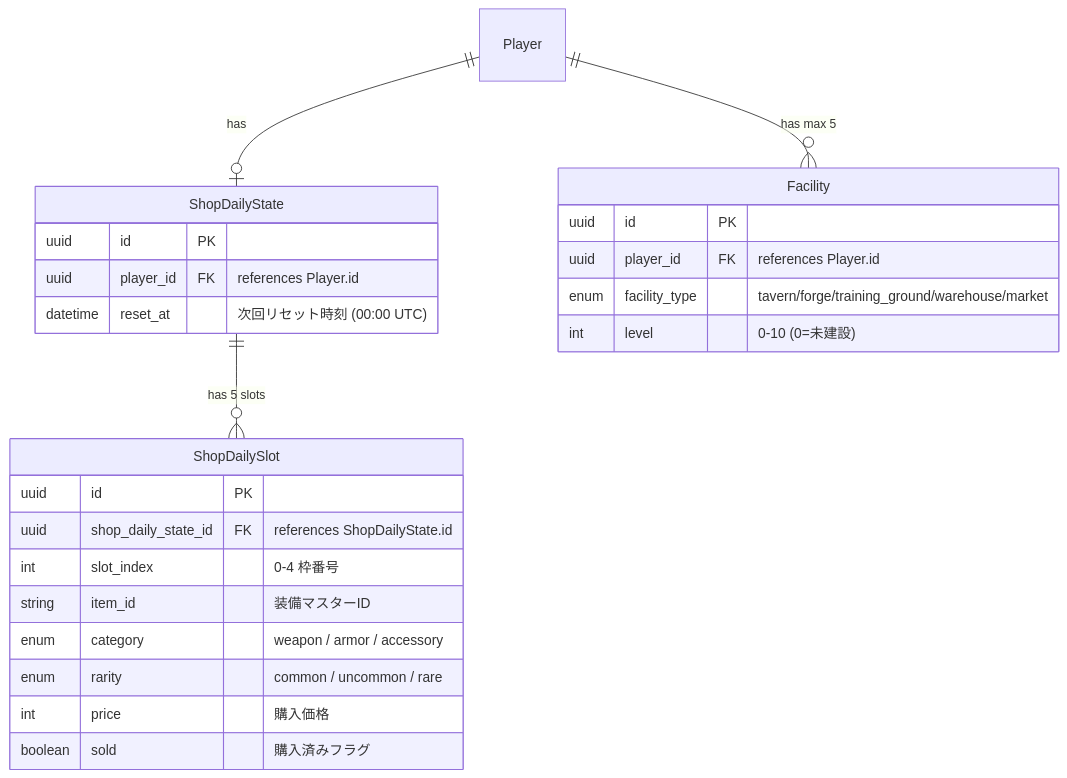
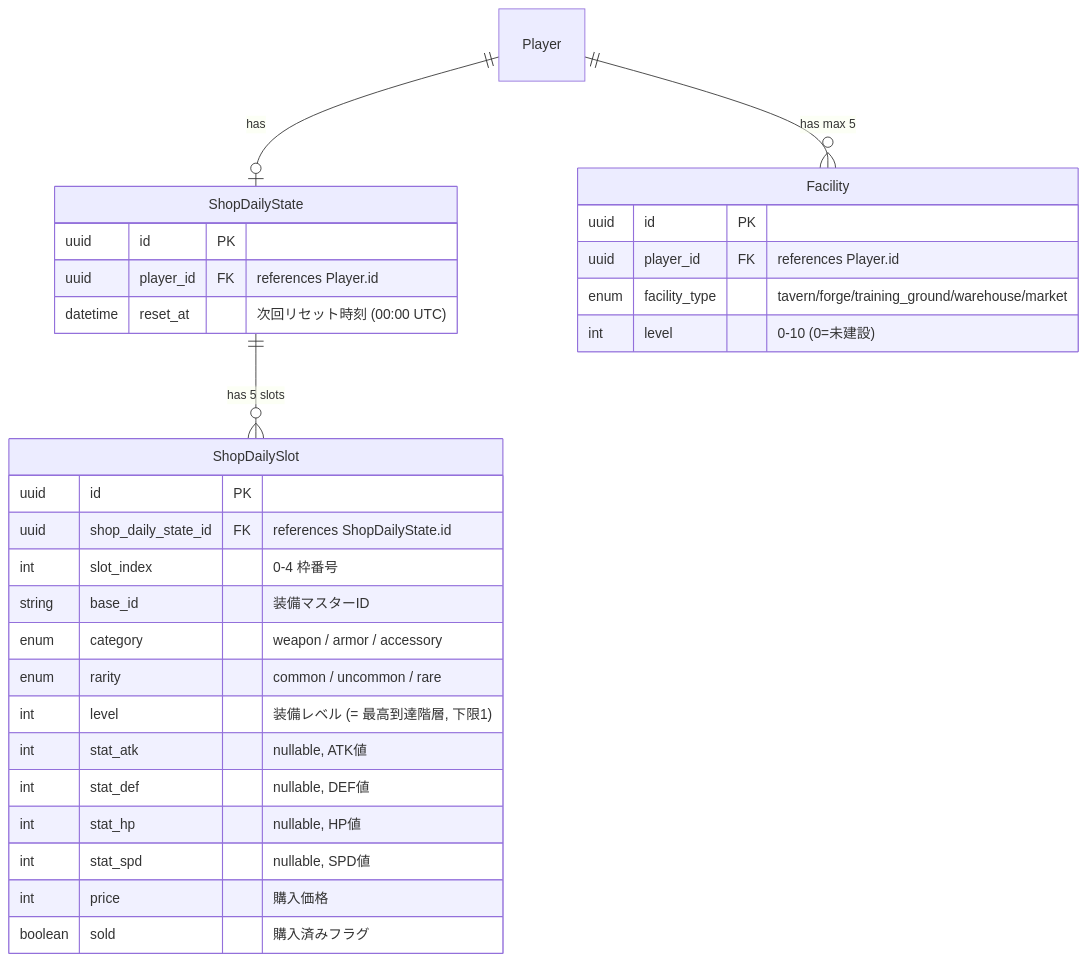
One commit to dateeee/2026_AFKGAME changed the second of 2 diagrams in diagrams/er_diagram/item.md. Above: the diagram before and after it, drawn with Mermaid. The commit also changed other lines of this file and 7 other files, not shown here.

````diff
--- a/diagrams/er_diagram/item.md
+++ b/diagrams/er_diagram/item.md
@@ -54,32 +54,37 @@
 ```mermaid
 %%{init: {'theme': 'default', 'themeVariables': {'fontSize': '16px'}} }%%
 erDiagram
     Player ||--o| ShopDailyState : "has"
     Player ||--o{ Facility : "has max 5"
 
     ShopDailyState ||--o{ ShopDailySlot : "has 5 slots"
 
     ShopDailyState {
         uuid id PK
         uuid player_id FK "references Player.id"
         datetime reset_at "次回リセット時刻 (00:00 UTC)"
     }
 
     ShopDailySlot {
         uuid id PK
         uuid shop_daily_state_id FK "references ShopDailyState.id"
         int slot_index "0-4 枠番号"
-        string item_id "装備マスターID"
+        string base_id "装備マスターID"
         enum category "weapon / armor / accessory"
         enum rarity "common / uncommon / rare"
+        int level "装備レベル (= 最高到達階層, 下限1)"
+        int stat_atk "nullable, ATK値"
+        int stat_def "nullable, DEF値"
+        int stat_hp "nullable, HP値"
+        int stat_spd "nullable, SPD値"
         int price "購入価格"
         boolean sold "購入済みフラグ"
     }
 
     Facility {
         uuid id PK
         uuid player_id FK "references Player.id"
         enum facility_type "tavern/forge/training_ground/warehouse/market"
         int level "0-10 (0=未建設)"
     }
 ```
````
